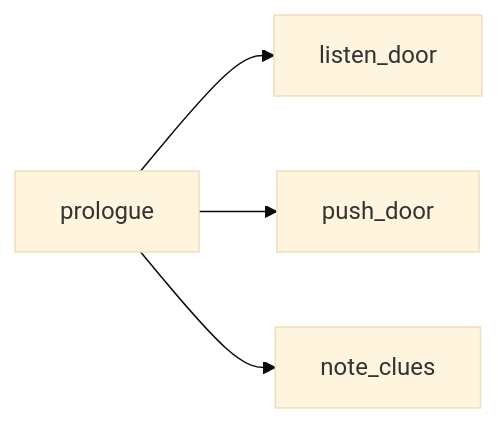
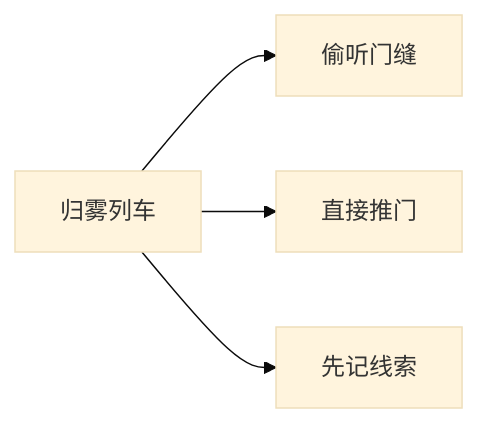
The second of 6 diagrams in 剧情流程图.md (adcssa/game), drawn with Mermaid (base theme) before and after one commit. The commit also changed other lines of this file, not shown here.

Commit message:
Localize flowchart labels to Chinese

````diff
--- a/剧情流程图.md
+++ b/剧情流程图.md
@@ -81,6 +81,6 @@
 ```mermaid
 flowchart LR
-    A["prologue"] --> B1["listen_door"]
-    A --> B2["push_door"]
-    A --> B3["note_clues"]
+    A["归雾列车"] --> B1["偷听门缝"]
+    A --> B2["直接推门"]
+    A --> B3["先记线索"]
 ```
````
